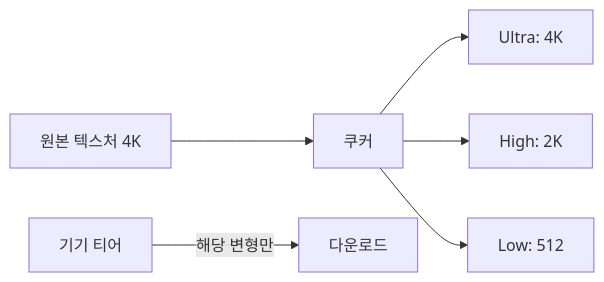
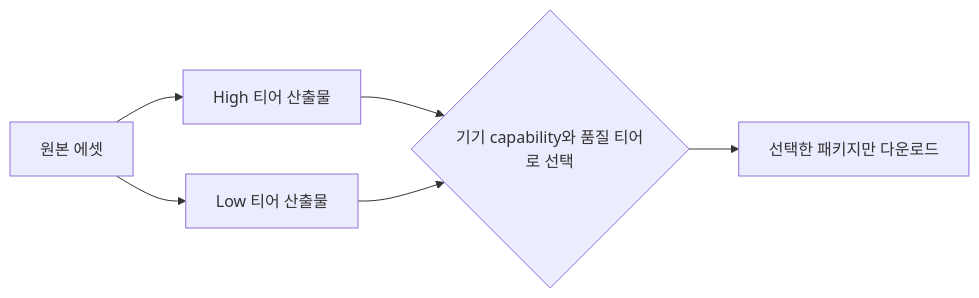
The eighth of 9 diagrams in platform/part05_crossplatform.md (Rein-ArXiv/game-dev-curriculum), drawn with Mermaid before and after one commit. The commit also changed other lines of this file and 279 other files, not shown here.

````diff
--- a/platform/part05_crossplatform.md
+++ b/platform/part05_crossplatform.md
@@ -435,8 +452,8 @@
 ```mermaid
 flowchart LR
-    Src[원본 텍스처 4K] --> Cook[쿠커]
-    Cook --> Ultra[Ultra: 4K]
-    Cook --> High[High: 2K]
-    Cook --> Low[Low: 512]
-    Device[기기 티어] -->|해당 변형만| Download[다운로드]
+    Source[원본 에셋] --> CookHigh[High 티어 산출물]
+    Source --> CookLow[Low 티어 산출물]
+    CookHigh --> Select{기기 capability와 품질 티어로 선택}
+    CookLow --> Select
+    Select --> Download[선택한 패키지만 다운로드]
 ```
````
